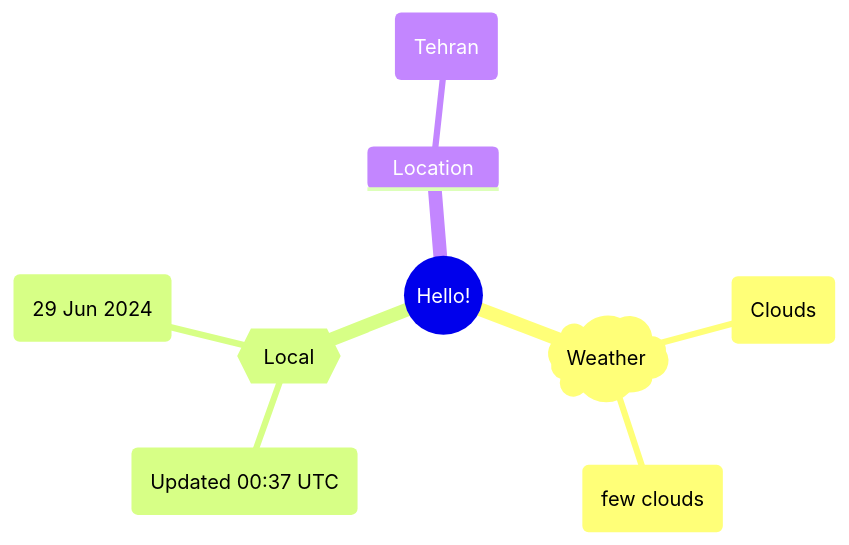
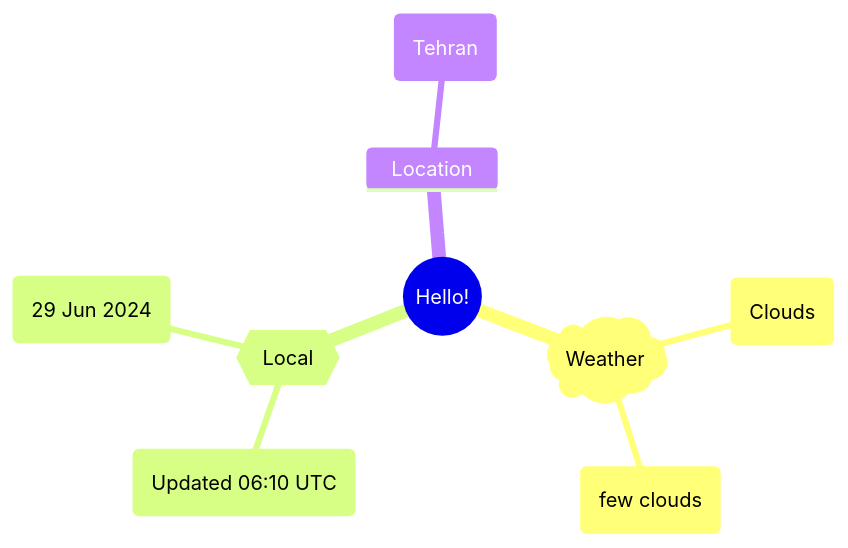
Before and after one commit to Xosrov/Xosrov: the first of 2 diagrams in README.md, drawn with Mermaid.

Commit message:
[bot] updated images

````diff
--- a/README.md
+++ b/README.md
@@ -3,12 +3,12 @@
 ```mermaid
 mindmap
   root((Hello!))
     )Weather(
         (Clouds)
         (few clouds)
     {{Local}}
-        (Updated 00:37 UTC)
+        (Updated 06:10 UTC)
         (29 Jun 2024)
     Location
         (Tehran)
 ```
````
